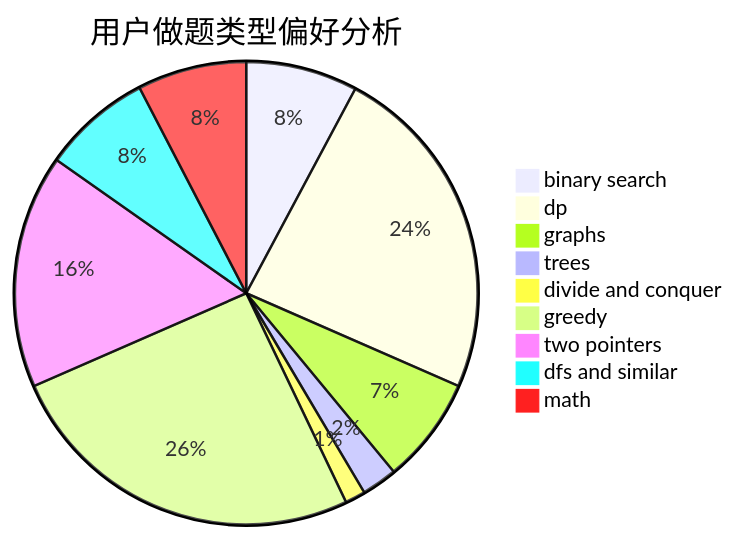
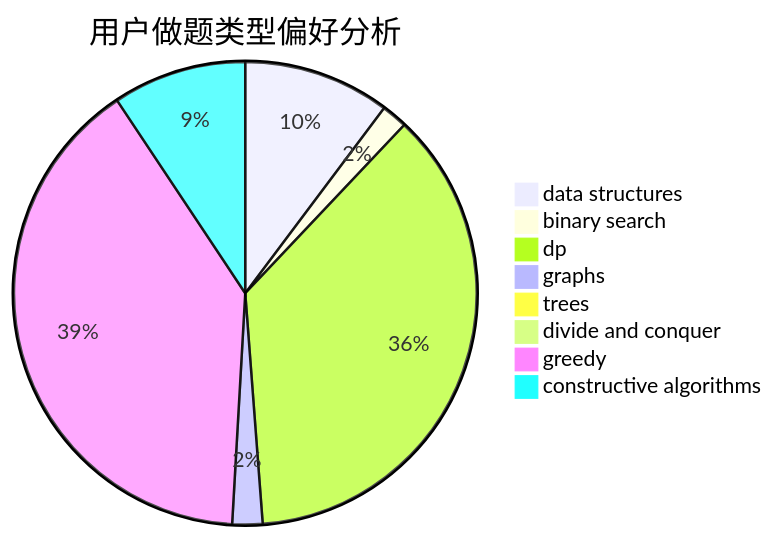
The second of 3 diagrams in docs/user/u2331.md (sherpahu/cfrs.github.io), drawn with Mermaid before and after one commit. The commit also changed other lines of this file and 2775 other files, not shown here.

````diff
--- a/docs/user/u2331.md
+++ b/docs/user/u2331.md
@@ -23,12 +23,11 @@
 ```mermaid
 pie title 用户做题类型偏好分析
-    "binary search" :  44
-    "dp" :  134
-    "graphs" :  42
-    "trees" :  14
-    "divide and conquer" :  8
-    "greedy" :  144
-    "two pointers" :  92
-    "dfs and similar" :  43
-    "math" :  43
+    "data structures" :  34
+    "binary search" :  6
+    "dp" :  122
+    "graphs" :  7
+    "trees" :  1
+    "divide and conquer" :  3
+    "greedy" :  132
+    "constructive algorithms" :  31
 ```
````
